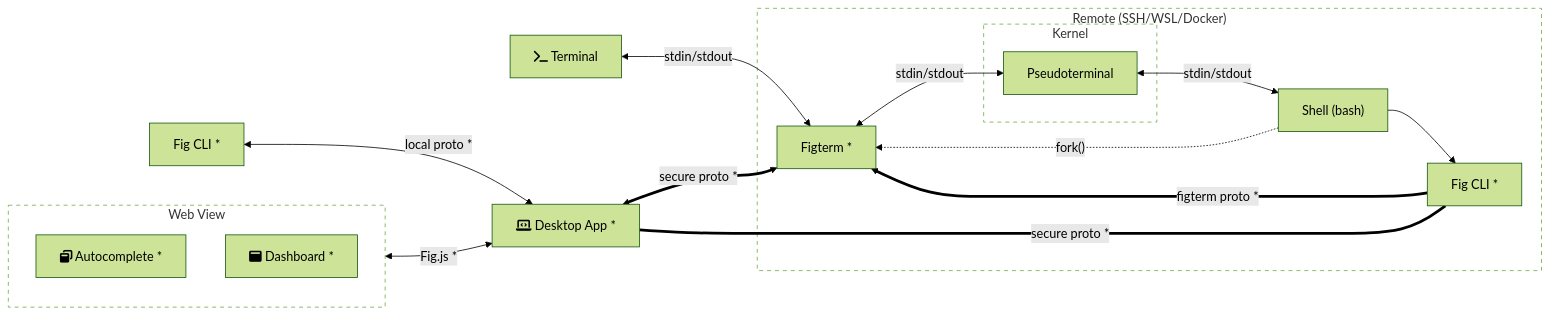
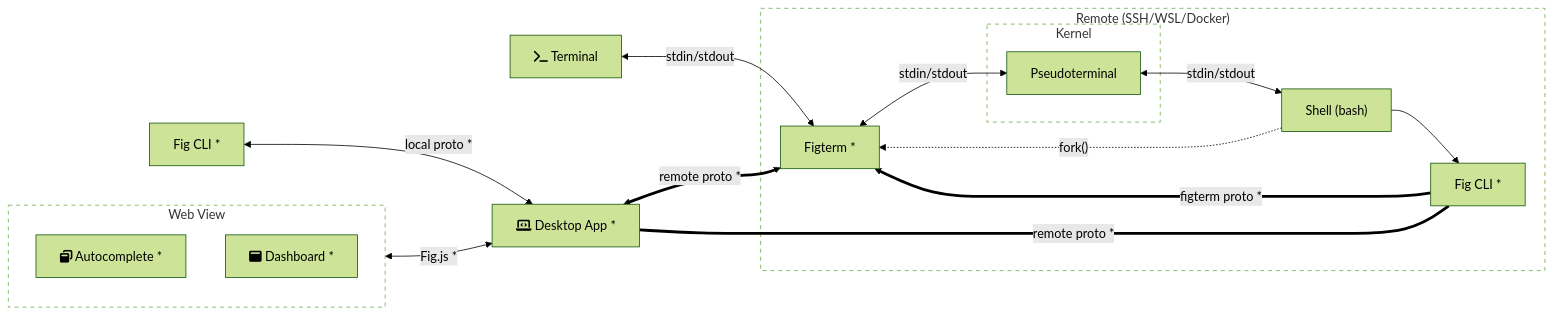
One commit to aws/q-cli changed the diagram in README.md. Above: the diagram before and after it, drawn with Mermaid (forest theme). The commit also changed 18 other files, not shown here.

Commit message:
feat: rename `secure.proto` -> `remote.proto` (#2389)

````diff
--- a/README.md
+++ b/README.md
@@ -6,47 +6,47 @@
 ```mermaid
 %%{
   init: {
     "fontFamily": "monospace"
   }
 }%%
 
 flowchart LR
     term[fa:fa-terminal Terminal]
     click term href "https://en.wikipedia.org/wiki/Terminal_emulator"
       desktop[fa:fa-laptop-code Desktop App *]
     click desktop href "https://github.com/withfig/macos/tree/HEAD/fig_desktop"
     subgraph webview[Web View]
       style webview fill:transparent,stroke-dasharray: 5 5
       autocomplete[fa:fa-window-restore Autocomplete *]
       click autocomplete href "https://www.github.com/withfig/autocomplete-engine"
       dashboard[fa:fa-window-maximize Dashboard *]
       click dashboard href "https://www.github.com/withfig/mission-control"
     end
     localCli[Fig CLI *]
     click localCli href "https://github.com/withfig/macos/tree/HEAD/fig_cli"
     subgraph remote["Remote (SSH/WSL/Docker)"]
       style remote fill:transparent,stroke-dasharray: 5 5
       figterm[Figterm *]
       click figterm href "https://github.com/withfig/macos/tree/HEAD/figterm"
       shell["Shell (bash)"]
       click shell href "https://en.wikipedia.org/wiki/Unix_shell"
       remoteCli[Fig CLI *]
       click remoteCli href "https://github.com/withfig/macos/tree/HEAD/fig_cli"
       subgraph kernel[Kernel]
         style kernel fill:transparent,stroke-dasharray: 5 5
         pseudo[Pseudoterminal]
         click pseudo href "https://en.wikipedia.org/wiki/Pseudoterminal"
       end
     end
 
     localCli <-->|local proto *| desktop
     term <-->|stdin/stdout| figterm
     webview <-->|Fig.js *| desktop
-    desktop <==>|secure proto *| figterm
+    desktop <==>|remote proto *| figterm
     figterm <-->|stdin/stdout| pseudo
     pseudo <-->|stdin/stdout| shell
     shell -.->|"fork()"| figterm
     shell --> remoteCli
     remoteCli ==>|figterm proto *| figterm
-    desktop ===|secure proto *| remoteCli
+    desktop ===|remote proto *| remoteCli
 ```
````
